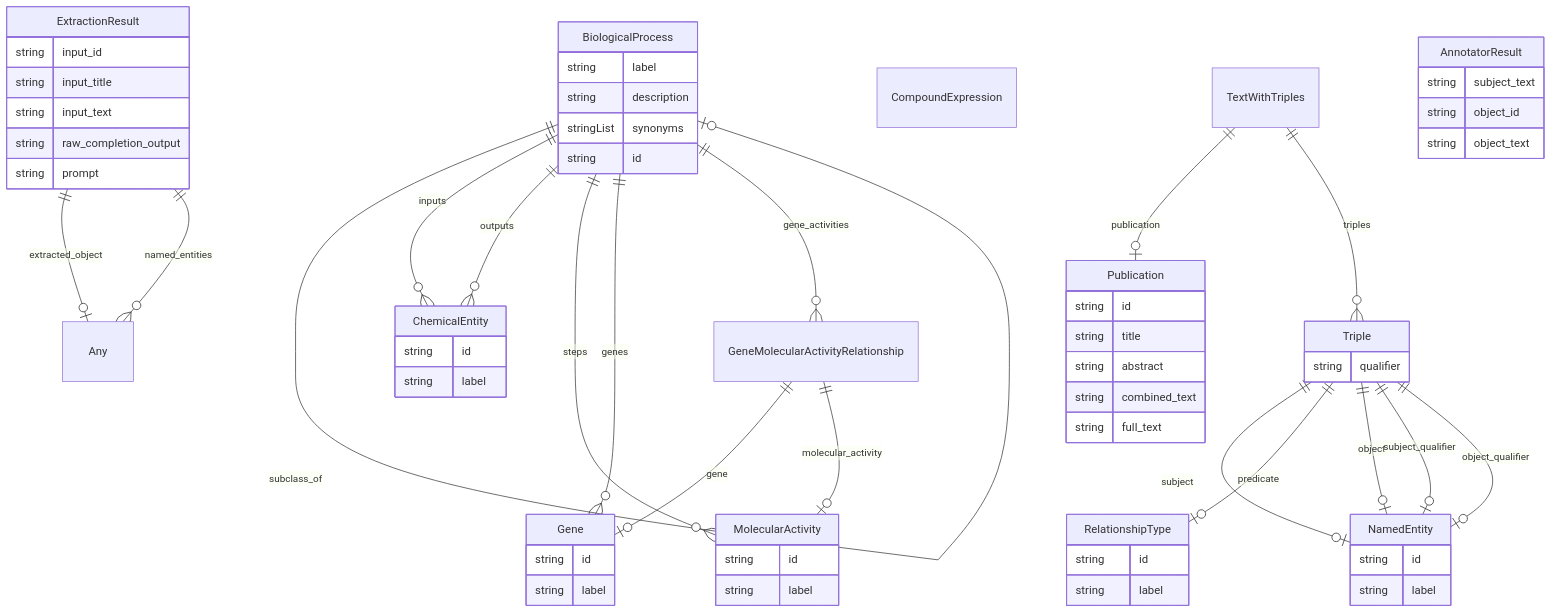
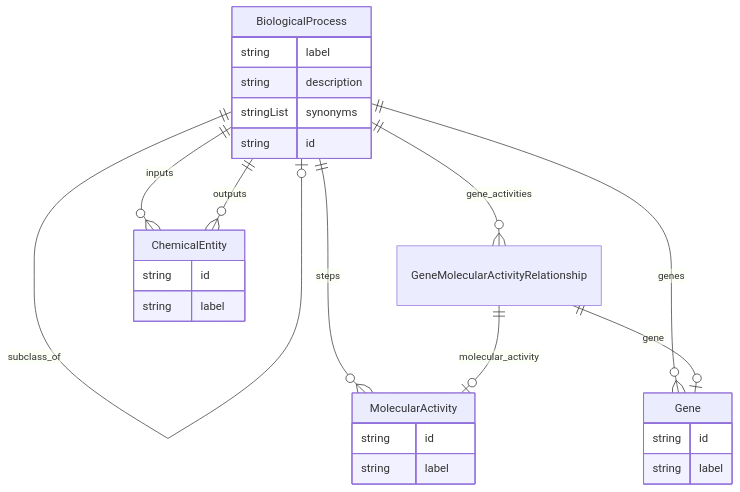
The diagram in docs/biological_process/index.md (monarch-initiative/ontogpt), drawn with Mermaid before and after one commit. The commit also changed other lines of this file and 2560 other files, not shown here.

````diff
--- a/docs/biological_process/index.md
+++ b/docs/biological_process/index.md
@@ -12,82 +12,34 @@
 ```mermaid
 erDiagram
 BiologicalProcess {
     string label  
     string description  
     stringList synonyms  
     string id  
 }
-Gene {
+GeneMolecularActivityRelationship {
+
+}
+MolecularActivity {
     string id  
     string label  
 }
-MolecularActivity {
+Gene {
     string id  
     string label  
 }
 ChemicalEntity {
     string id  
     string label  
-}
-GeneMolecularActivityRelationship {
-
-}
-Any {
-
-}
-ExtractionResult {
-    string input_id  
-    string input_title  
-    string input_text  
-    string raw_completion_output  
-    string prompt  
-}
-NamedEntity {
-    string id  
-    string label  
-}
-CompoundExpression {
-
-}
-Triple {
-    string qualifier  
-}
-TextWithTriples {
-
-}
-RelationshipType {
-    string id  
-    string label  
-}
-Publication {
-    string id  
-    string title  
-    string abstract  
-    string combined_text  
-    string full_text  
-}
-AnnotatorResult {
-    string subject_text  
-    string object_id  
-    string object_text  
 }
 
 BiologicalProcess ||--|o BiologicalProcess : "subclass_of"
 BiologicalProcess ||--}o ChemicalEntity : "inputs"
 BiologicalProcess ||--}o ChemicalEntity : "outputs"
 BiologicalProcess ||--}o MolecularActivity : "steps"
 BiologicalProcess ||--}o Gene : "genes"
 BiologicalProcess ||--}o GeneMolecularActivityRelationship : "gene_activities"
 GeneMolecularActivityRelationship ||--|o Gene : "gene"
 GeneMolecularActivityRelationship ||--|o MolecularActivity : "molecular_activity"
-ExtractionResult ||--|o Any : "extracted_object"
-ExtractionResult ||--}o Any : "named_entities"
-Triple ||--|o NamedEntity : "subject"
-Triple ||--|o RelationshipType : "predicate"
-Triple ||--|o NamedEntity : "object"
-Triple ||--|o NamedEntity : "subject_qualifier"
-Triple ||--|o NamedEntity : "object_qualifier"
-TextWithTriples ||--|o Publication : "publication"
-TextWithTriples ||--}o Triple : "triples"
 
 ```
````
